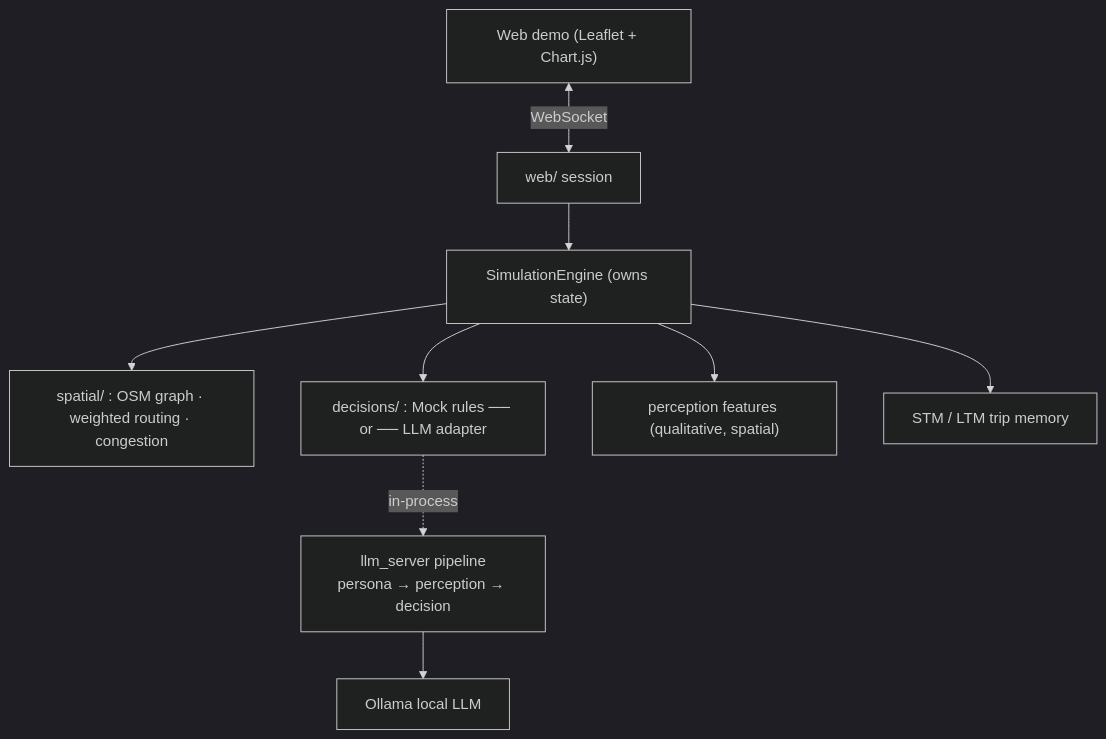
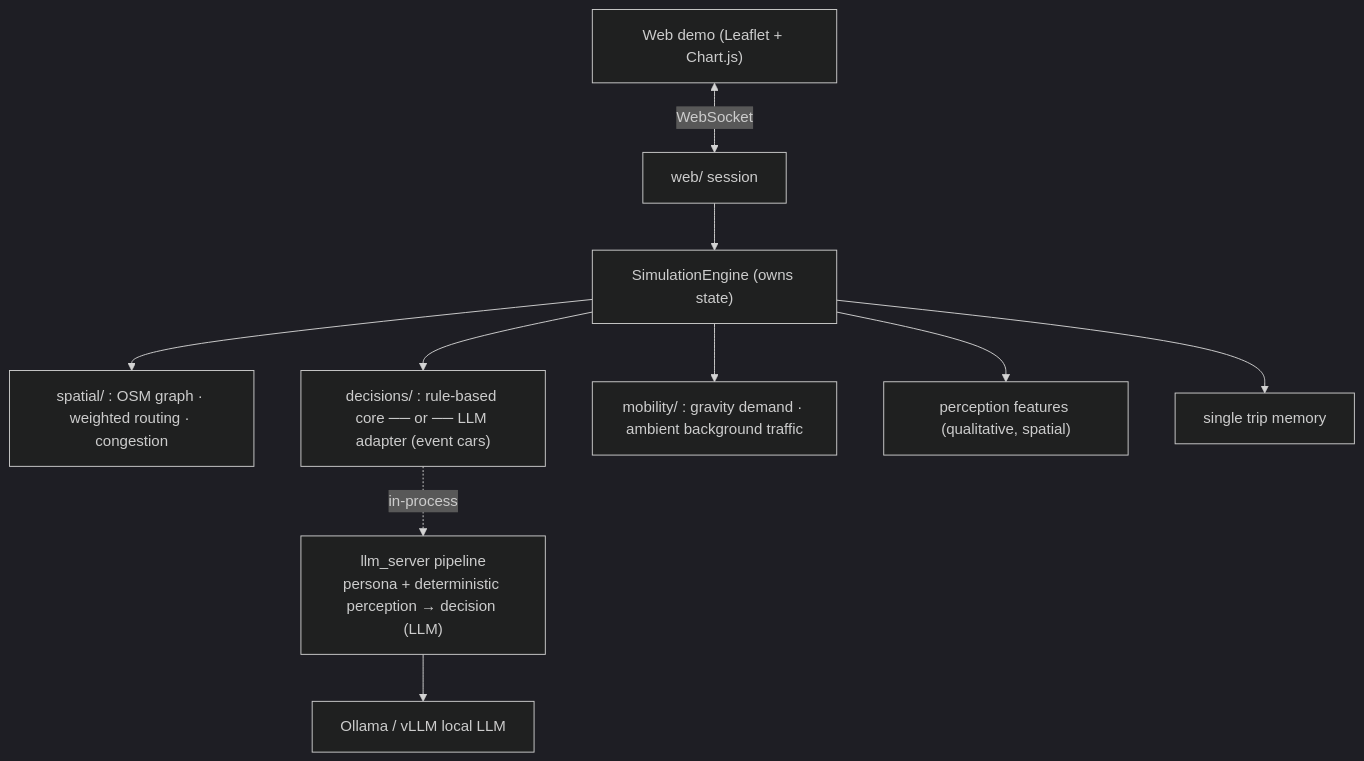
Before and after one commit to allendd3941-cmd/LLM-core-Agent-based-model: the diagram in README.md, drawn with Mermaid (dark theme). The commit also changed other lines of this file and 56 other files, not shown here.

````diff
--- a/README.md
+++ b/README.md
@@ -114,11 +115,12 @@
 ```mermaid
 flowchart TD
     UI["Web demo (Leaflet + Chart.js)"] <-->|WebSocket| WS["web/ session"]
     WS --> ENG["SimulationEngine (owns state)"]
     ENG --> SPA["spatial/ : OSM graph · weighted routing · congestion"]
-    ENG --> DEC["decisions/ : Mock rules ── or ── LLM adapter"]
-    DEC -.in-process.-> PIPE["llm_server pipeline<br/>persona → perception → decision"]
-    PIPE --> OLLAMA["Ollama local LLM"]
+    ENG --> DEC["decisions/ : rule-based core ── or ── LLM adapter (event cars)"]
+    DEC -.in-process.-> PIPE["llm_server pipeline<br/>persona + deterministic perception → decision (LLM)"]
+    PIPE --> OLLAMA["Ollama / vLLM local LLM"]
+    ENG --> AMB["mobility/ : gravity demand · ambient background traffic"]
     ENG --> PERC["perception features (qualitative, spatial)"]
-    ENG --> MEM["STM / LTM trip memory"]
+    ENG --> MEM["single trip memory"]
 ```
````
